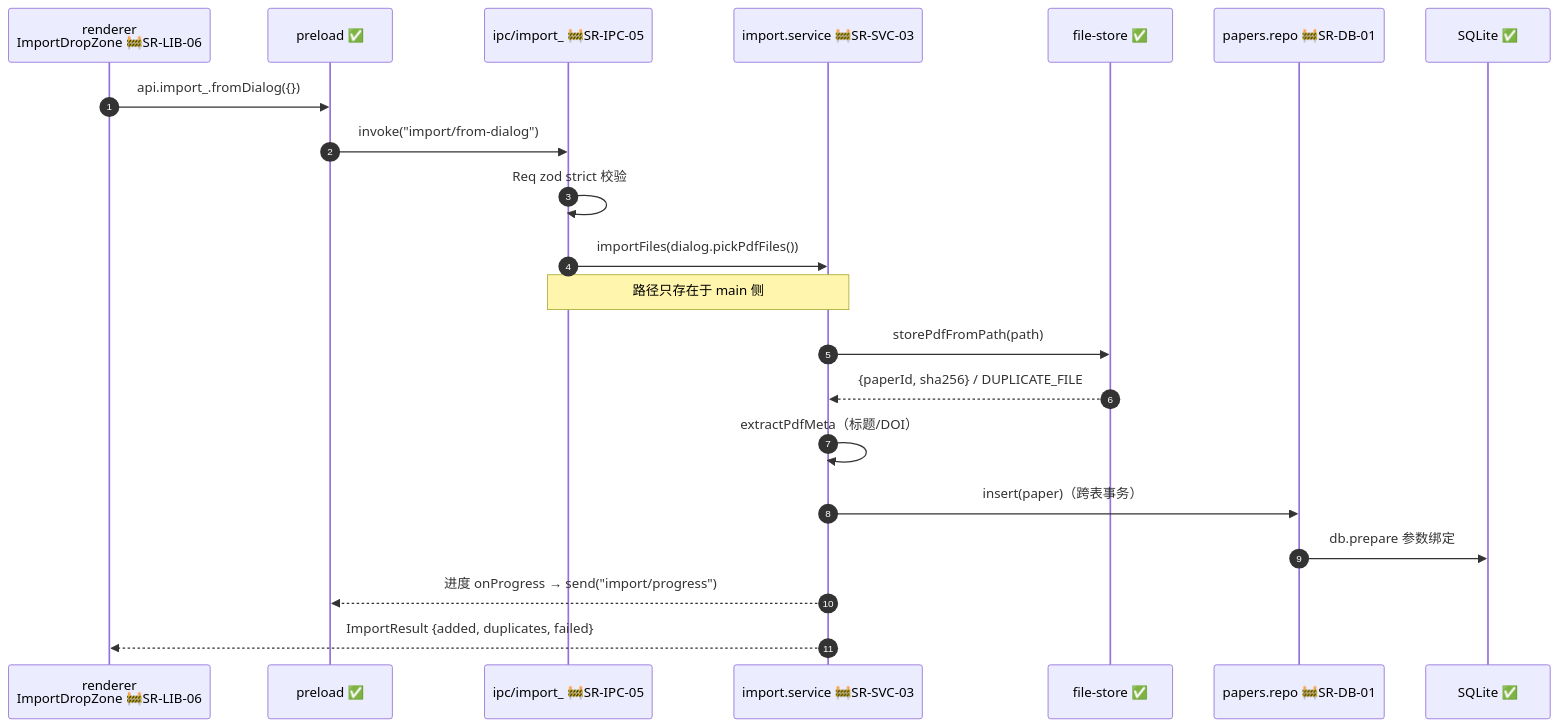
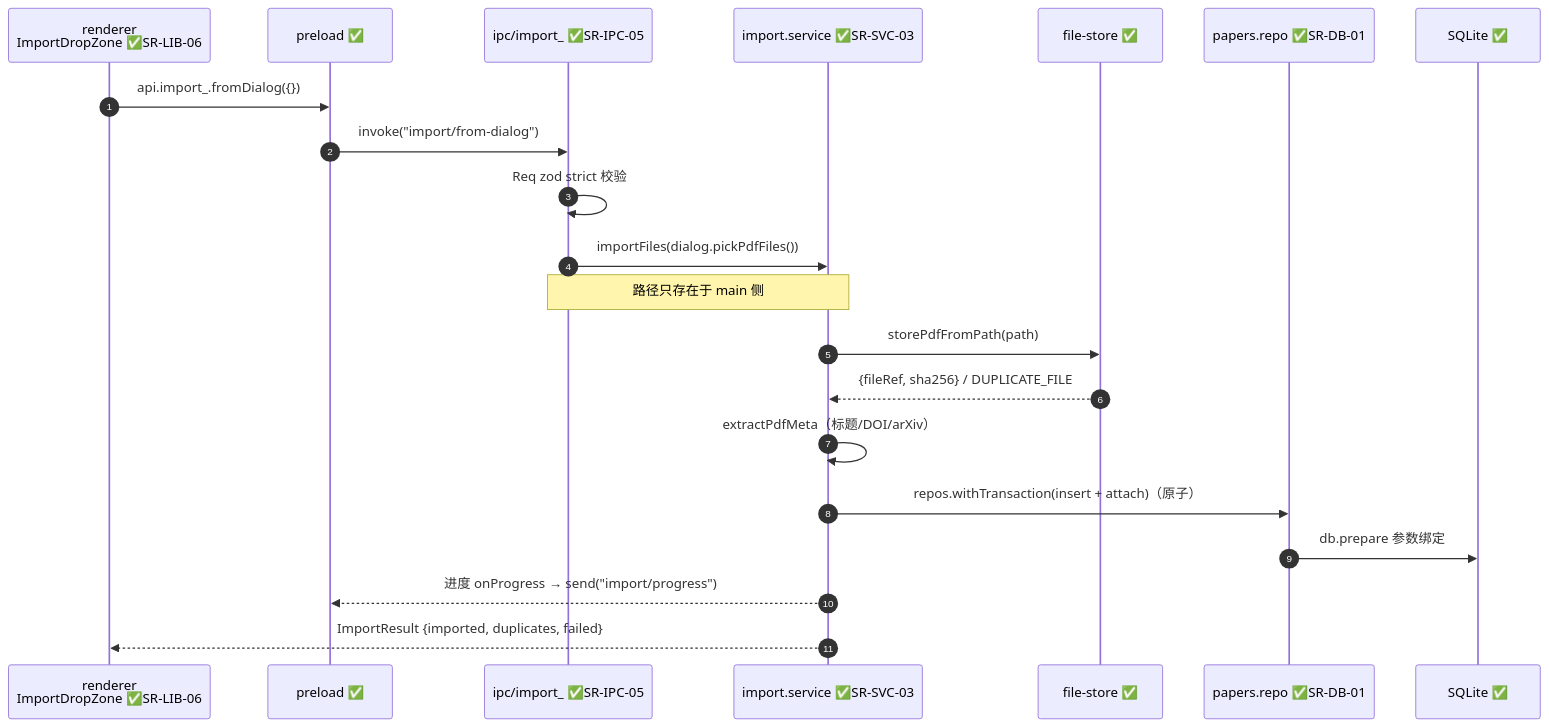
Before and after one commit to yyx20040712/Synapse: the third of 8 diagrams in docs/architecture.md, drawn with Mermaid. The commit also changed other lines of this file and 4 other files, not shown here.

````diff
--- a/docs/architecture.md
+++ b/docs/architecture.md
@@ -131,24 +134,24 @@
 ```mermaid
 sequenceDiagram
   autonumber
-  participant UI as renderer<br/>ImportDropZone 🚧SR-LIB-06
+  participant UI as renderer<br/>ImportDropZone ✅SR-LIB-06
   participant P as preload ✅
-  participant I as ipc/import_ 🚧SR-IPC-05
-  participant S as import.service 🚧SR-SVC-03
+  participant I as ipc/import_ ✅SR-IPC-05
+  participant S as import.service ✅SR-SVC-03
   participant F as file-store ✅
-  participant R as papers.repo 🚧SR-DB-01
+  participant R as papers.repo ✅SR-DB-01
   participant D as SQLite ✅
 
   UI->>P: api.import_.fromDialog({})
   P->>I: invoke("import/from-dialog")
   I->>I: Req zod strict 校验
   I->>S: importFiles(dialog.pickPdfFiles())
   Note over I,S: 路径只存在于 main 侧
   S->>F: storePdfFromPath(path)
-  F-->>S: {paperId, sha256} / DUPLICATE_FILE
-  S->>S: extractPdfMeta（标题/DOI）
-  S->>R: insert(paper)（跨表事务）
+  F-->>S: {fileRef, sha256} / DUPLICATE_FILE
+  S->>S: extractPdfMeta（标题/DOI/arXiv）
+  S->>R: repos.withTransaction(insert + attach)（原子）
   R->>D: db.prepare 参数绑定
   S-->>P: 进度 onProgress → send("import/progress")
-  S-->>UI: ImportResult {added, duplicates, failed}
+  S-->>UI: ImportResult {imported, duplicates, failed}
 ```
````
